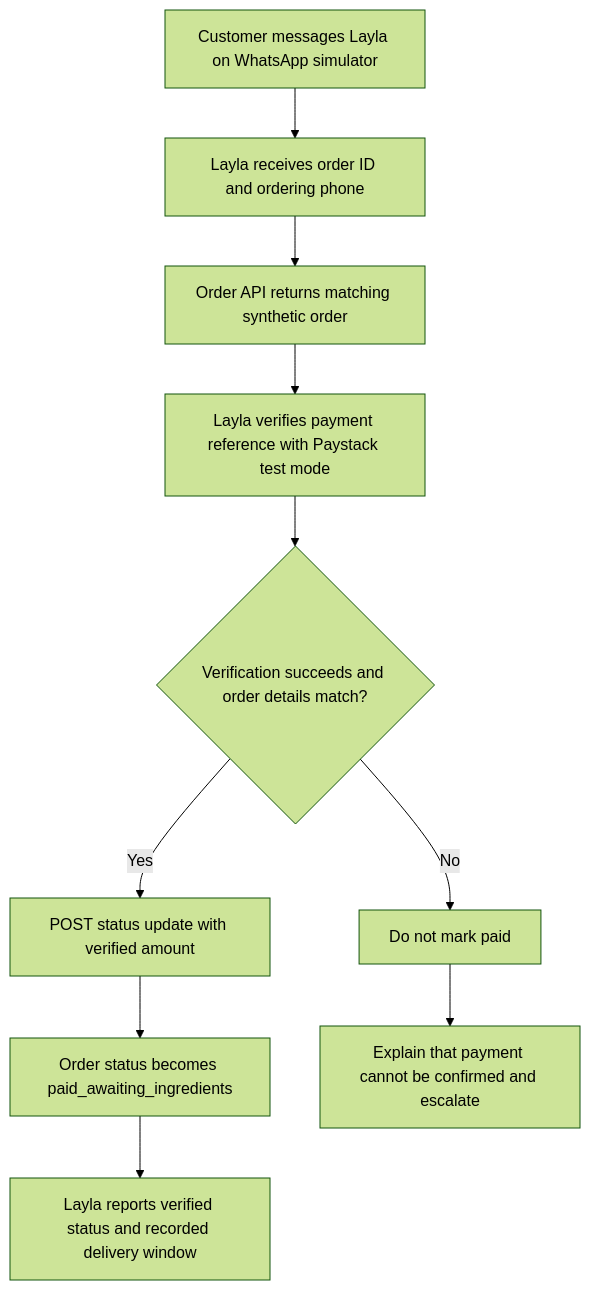
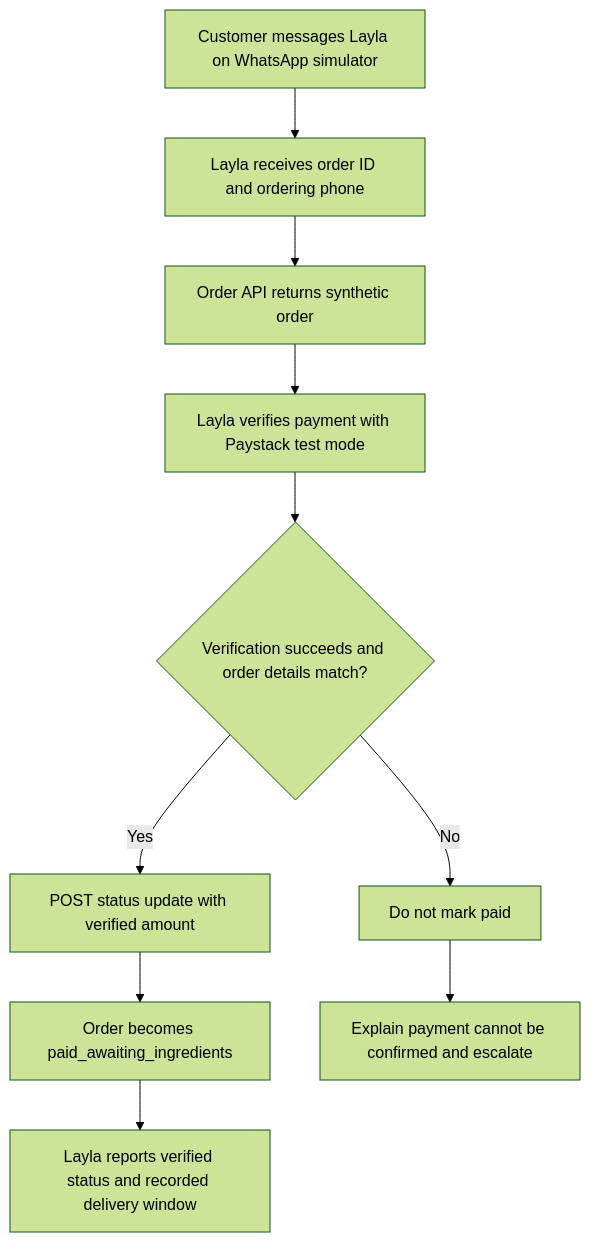
Before and after one commit to Justreadin/tsglabs-order-fixtures: the diagram in README.MD, drawn with Mermaid (forest theme). The commit also changed other lines of this file and 1 other file, not shown here.

````diff
--- a/README.MD
+++ b/README.MD
@@ -48,12 +48,12 @@
 ```mermaid
 flowchart TD
     A[Customer messages Layla on WhatsApp simulator] --> B[Layla receives order ID and ordering phone]
-    B --> C[Order API returns matching synthetic order]
-    C --> D[Layla verifies payment reference with Paystack test mode]
+    B --> C[Order API returns synthetic order]
+    C --> D[Layla verifies payment with Paystack test mode]
     D --> E{Verification succeeds and order details match?}
     E -- Yes --> F[POST status update with verified amount]
-    F --> G[Order status becomes paid_awaiting_ingredients]
+    F --> G[Order becomes paid_awaiting_ingredients]
     G --> H[Layla reports verified status and recorded delivery window]
     E -- No --> I[Do not mark paid]
-    I --> J[Explain that payment cannot be confirmed and escalate]
+    I --> J[Explain payment cannot be confirmed and escalate]
 ```
````
